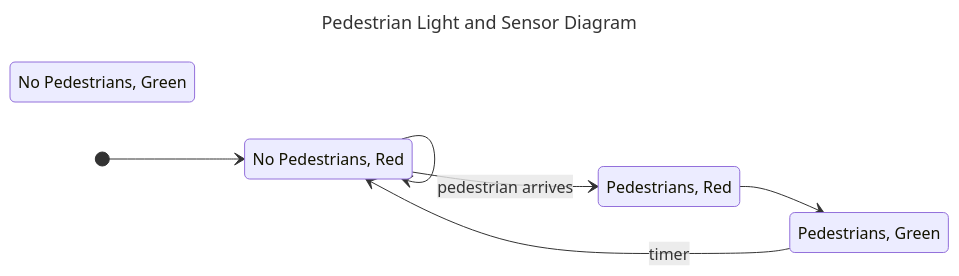
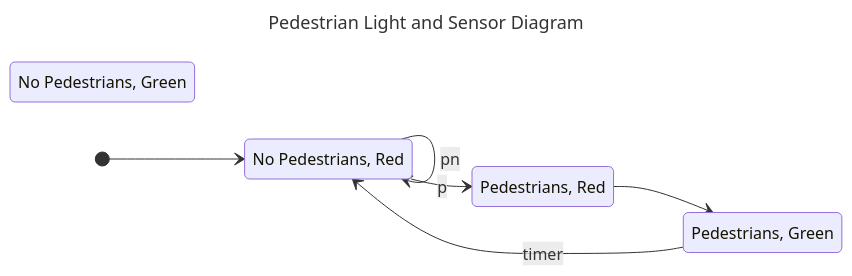
One commit to VinayakFia/Obsidian changed the sixth of 6 diagrams in COMP3153/System Model - Vinayak Fialok.md. Above: the diagram before and after it, drawn with Mermaid. The commit also changed other lines of this file, not shown here.

````diff
--- a/COMP3153/System Model - Vinayak Fialok.md
+++ b/COMP3153/System Model - Vinayak Fialok.md
@@ -121,16 +119,16 @@
 ```mermaid
 ---
 title: Pedestrian Light and Sensor Diagram
 ---
 stateDiagram-v2
 	direction LR
 	nr: No Pedestrians, Red
 	ng: No Pedestrians, Green
 	pr: Pedestrians, Red
 	pg: Pedestrians, Green
 	[*] --> nr
-	nr --> nr
-	nr --> pr : pedestrian arrives
-	pr --> pg
+	nr --> nr : pn
+	nr --> pr : p
+	pr --> pg : 
 	pg --> nr : timer
 ```
````
